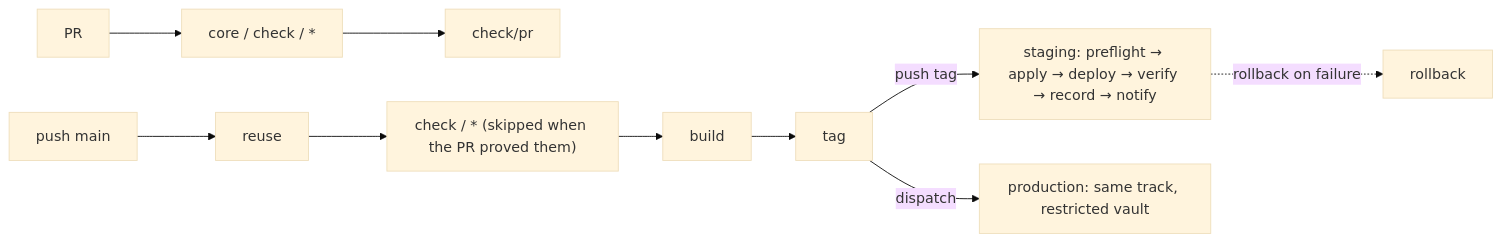
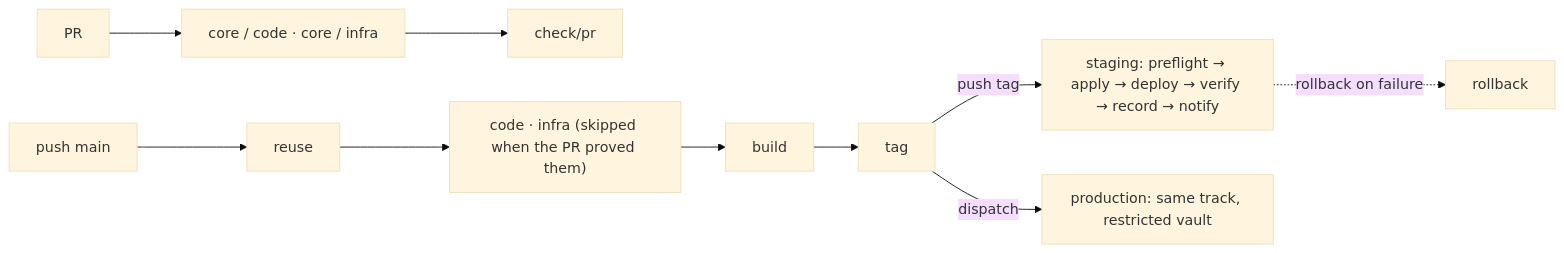
The diagram in README.md (br4zz4/pipelines), drawn with Mermaid (base theme) before and after one commit. The commit also changed other lines of this file and 5 other files, not shown here.

Commit message:
feat: one lane per module side, build knows the tag

````diff
--- a/README.md
+++ b/README.md
@@ -35,8 +35,8 @@
 ```mermaid
 flowchart LR
-  pr[PR] --> checks["core / check / *"] --> gate["check/pr"]
-  main[push main] --> reuse --> checks2["check / * (skipped when the PR proved them)"] --> build --> tag
+  pr[PR] --> lanes["core / code · core / infra"] --> gate["check/pr"]
+  main[push main] --> reuse --> lanes2["code · infra (skipped when the PR proved them)"] --> build --> tag
   tag -->|push tag| staging["staging: preflight → apply → deploy → verify → record → notify"]
   tag -->|dispatch| production["production: same track, restricted vault"]
   staging -.->|rollback on failure| rb[rollback]
 ```
````
